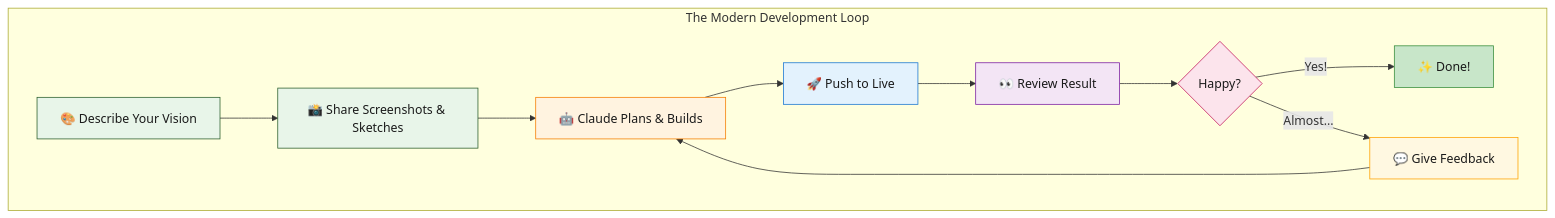
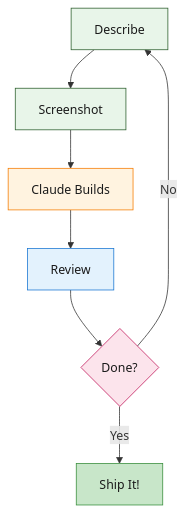
The diagram in posts/Demo Post/gutter/workflow-diagram.md (AutumnsGrove/AutumnsGrove), drawn with Mermaid before and after one commit. The commit also changed other lines of this file and 4 other files, not shown here.

First line of the commit message:
style: Make workflow diagram vertical for gutter display

````diff
--- a/posts/Demo Post/gutter/workflow-diagram.md
+++ b/posts/Demo Post/gutter/workflow-diagram.md
@@ -3,31 +3,23 @@
 ```mermaid
 flowchart TD
-    subgraph "The Modern Development Loop"
-        A["🎨 Describe Your Vision"]
-        B["📸 Share Screenshots & Sketches"]
-        C["🤖 Claude Plans & Builds"]
-        D["🚀 Push to Live"]
-        E["👀 Review Result"]
-        F{"Happy?"}
-        G["✨ Done!"]
-        H["💬 Give Feedback"]
-    end
+    A["Describe"]
+    B["Screenshot"]
+    C["Claude Builds"]
+    D["Review"]
+    E{"Done?"}
+    F["Ship It!"]
 
     A --> B
     B --> C
     C --> D
     D --> E
-    E --> F
-    F -->|"Yes!"| G
-    F -->|"Almost..."| H
-    H --> C
+    E -->|No| A
+    E -->|Yes| F
 
     style A fill:#e8f5e9,stroke:#2c5f2d,color:#1a1a1a
     style B fill:#e8f5e9,stroke:#2c5f2d,color:#1a1a1a
     style C fill:#fff3e0,stroke:#f57c00,color:#1a1a1a
     style D fill:#e3f2fd,stroke:#1976d2,color:#1a1a1a
-    style E fill:#f3e5f5,stroke:#7b1fa2,color:#1a1a1a
-    style F fill:#fce4ec,stroke:#c2185b,color:#1a1a1a
-    style G fill:#c8e6c9,stroke:#388e3c,color:#1a1a1a
-    style H fill:#fff8e1,stroke:#ffa000,color:#1a1a1a
+    style E fill:#fce4ec,stroke:#c2185b,color:#1a1a1a
+    style F fill:#c8e6c9,stroke:#388e3c,color:#1a1a1a
 ```
````
